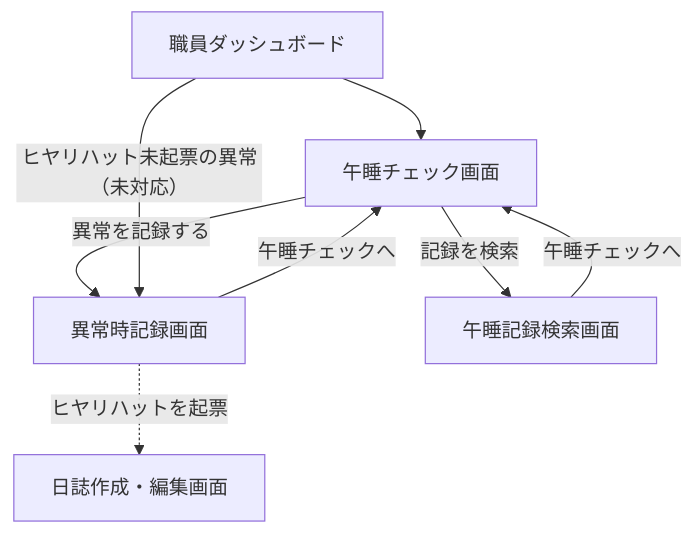
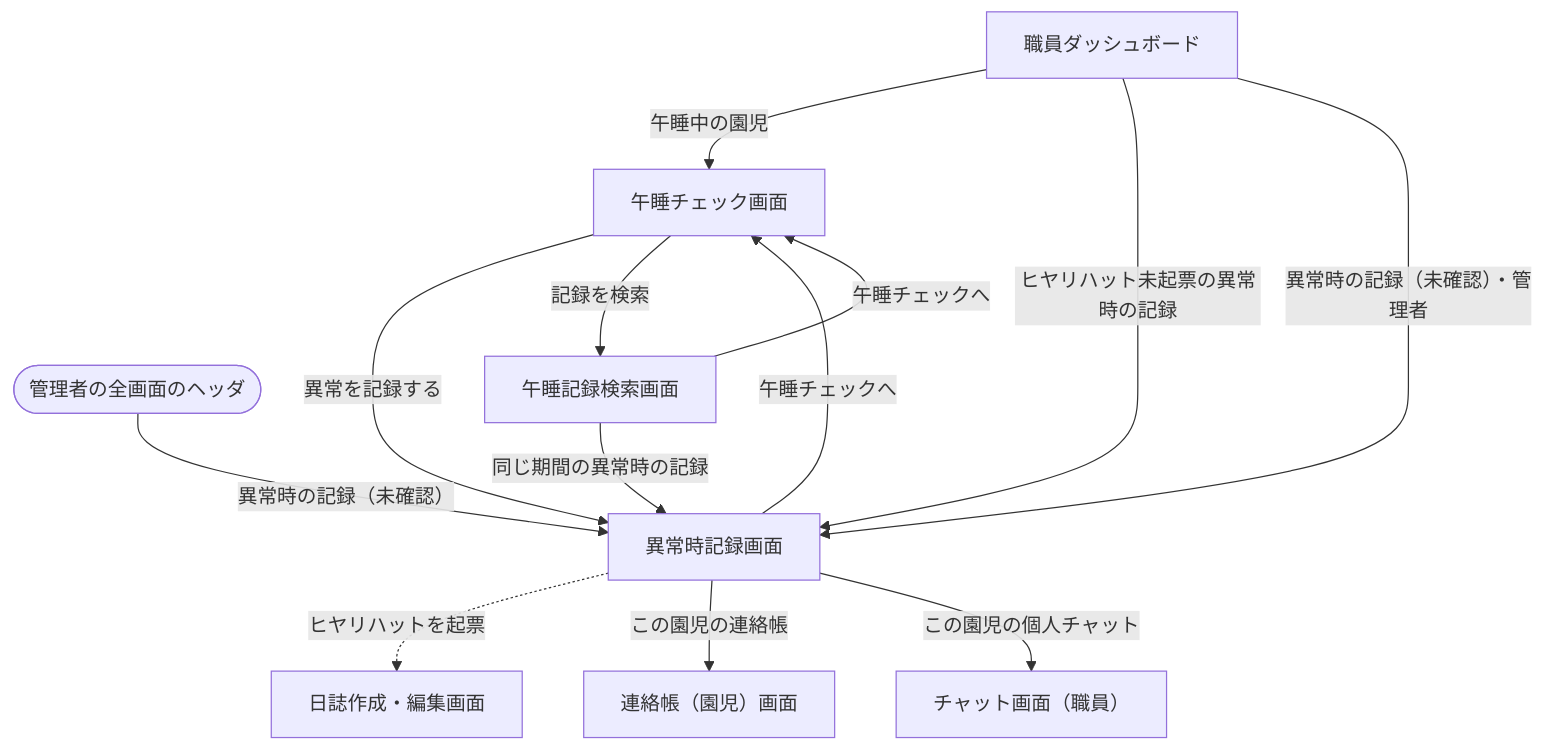
The sixth of 9 diagrams in 図/画面遷移図.md (issei0423/sukusuku_system), drawn with Mermaid before and after one commit. The commit also changed other lines of this file, not shown here.

First line of the commit message:
画面遷移図を第2.0版にし、基本設計書 第3.0版の42画面に合わせた：連絡帳の節を新しく置き、保護者の画面を連絡帳画面・成長の記録画面を含む9画面で作り直し、共有日誌閲覧画面と日誌の共有のカードの遷移を外し、保護者の通知の行き先を保護者ホームにし、職員の初回ログインの順番を書いた

````diff
--- a/図/画面遷移図.md
+++ b/図/画面遷移図.md
@@ -257,10 +362,15 @@
 ```mermaid
 flowchart TD
-    SD["職員ダッシュボード"] --> NC["午睡チェック画面"]
+    SD["職員ダッシュボード"] -->|午睡中の園児| NC["午睡チェック画面"]
     NC -->|異常を記録する| NA["異常時記録画面"]
     NA -->|午睡チェックへ| NC
     NA -.->|ヒヤリハットを起票| DE["日誌作成・編集画面"]
-    SD -->|ヒヤリハット未起票の異常（未対応）| NA
+    SD -->|ヒヤリハット未起票の異常時の記録| NA
+    SD -->|異常時の記録（未確認）・管理者| NA
+    HD(["管理者の全画面のヘッダ"]) -->|異常時の記録（未確認）| NA
+    NA -->|この園児の連絡帳| CK["連絡帳（園児）画面"]
+    NA -->|この園児の個人チャット| SCH["チャット画面（職員）"]
     NC -->|記録を検索| NS["午睡記録検索画面"]
     NS -->|午睡チェックへ| NC
+    NS -->|同じ期間の異常時の記録| NA
 ```
````
